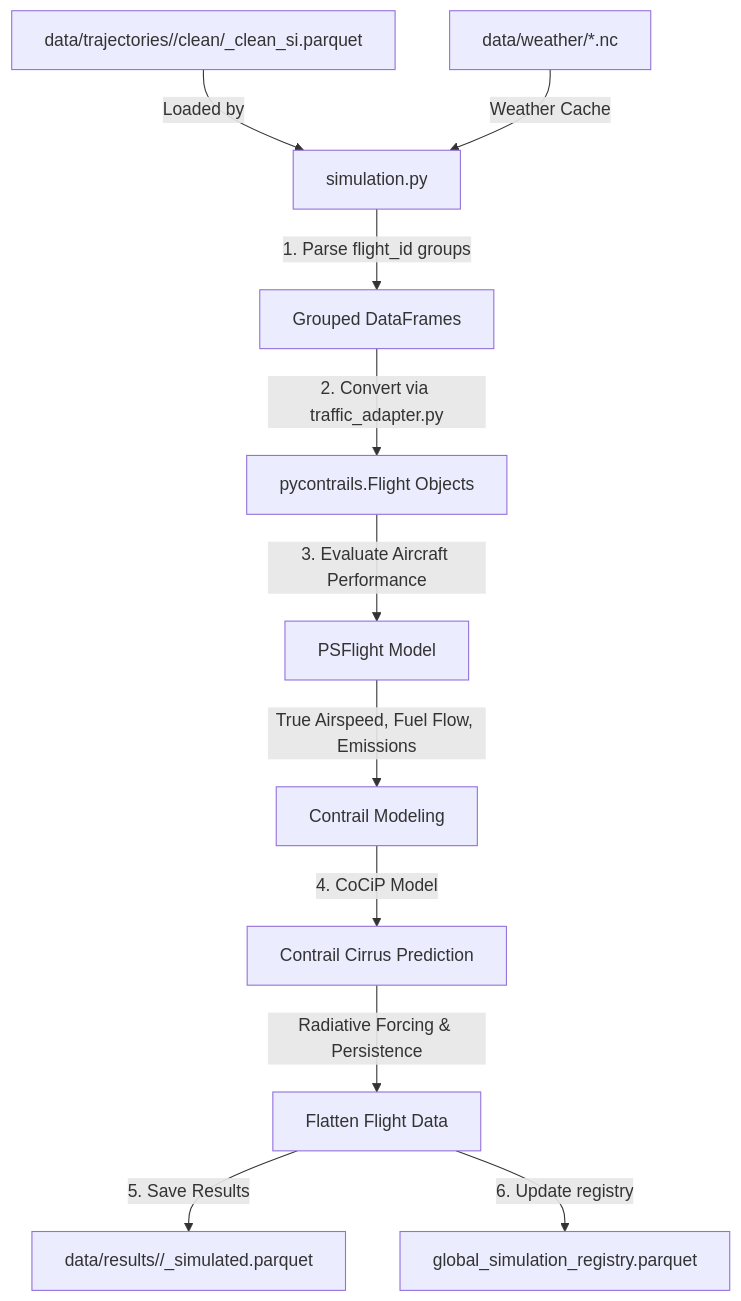
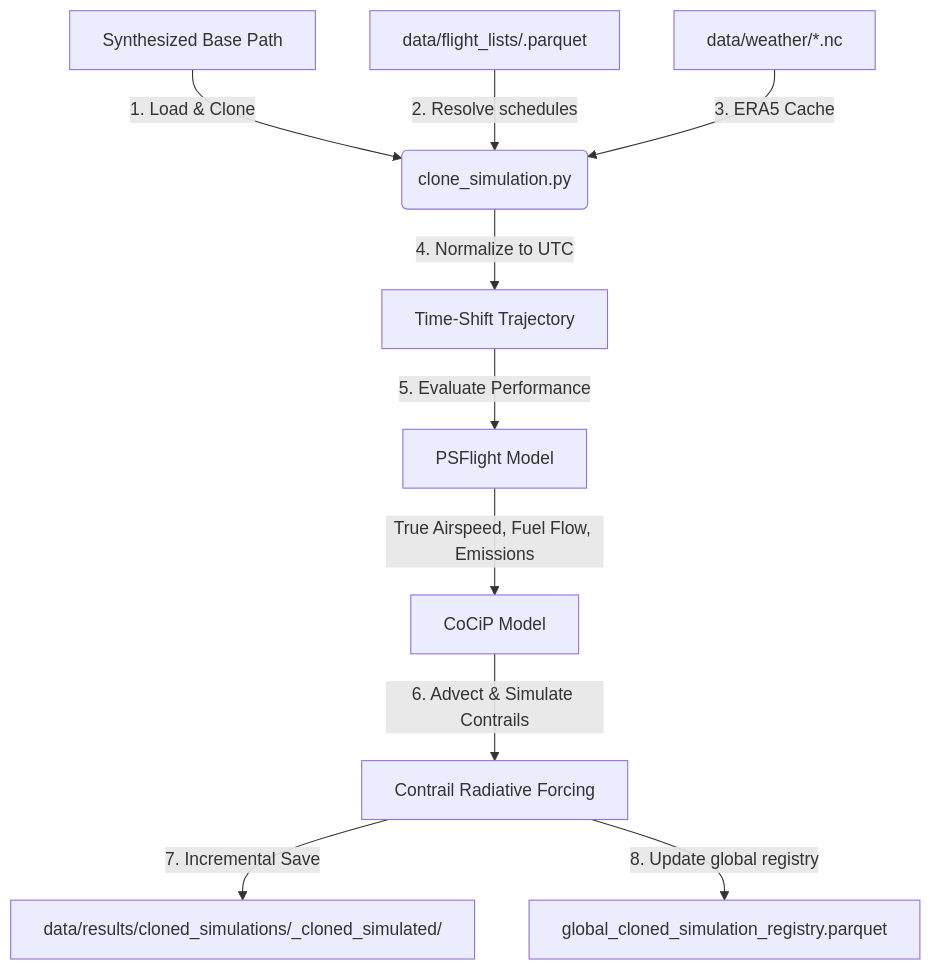
Before and after one commit to Bauzement123/flight-physics-pipeline: the diagram in src/physics/simulation README.md, drawn with Mermaid. The commit also changed other lines of this file and 3 other files, not shown here.

Commit message:
Implement batch clone simulation engine, update path generator and documentation

````diff
--- a/src/physics/simulation README.md
+++ b/src/physics/simulation README.md
@@ -19,13 +23,14 @@
 ```mermaid
 graph TD
-    A[data/trajectories/<dataset_name>/clean/<route>_clean_si.parquet] -->|Loaded by| B[simulation.py]
-    C[data/weather/*.nc] -->|Weather Cache| B
-    B -->|1. Parse flight_id groups| D[Grouped DataFrames]
-    D -->|2. Convert via traffic_adapter.py| E[pycontrails.Flight Objects]
-    E -->|3. Evaluate Aircraft Performance| F[PSFlight Model]
-    F -->|True Airspeed, Fuel Flow, Emissions| G[Contrail Modeling]
-    G -->|4. CoCiP Model| H[Contrail Cirrus Prediction]
-    H -->|Radiative Forcing & Persistence| I[Flatten Flight Data]
-    I -->|5. Save Results| J[data/results/<scenario>/<route>_simulated.parquet]
-    I -->|6. Update registry| K[global_simulation_registry.parquet]
+    A[Synthesized Base Path] -->|1. Load & Clone| B(clone_simulation.py)
+    C[data/flight_lists/<route>.parquet] -->|2. Resolve schedules| B
+    D[data/weather/*.nc] -->|3. ERA5 Cache| B
+    
+    B -->|4. Normalize to UTC| E[Time-Shift Trajectory]
+    E -->|5. Evaluate Performance| F[PSFlight Model]
+    F -->|True Airspeed, Fuel Flow, Emissions| G[CoCiP Model]
+    G -->|6. Advect & Simulate Contrails| H[Contrail Radiative Forcing]
+    
+    H -->|7. Incremental Save| I[data/results/cloned_simulations/<route>_cloned_simulated/]
+    H -->|8. Update global registry| J[global_cloned_simulation_registry.parquet]
 ```
````
